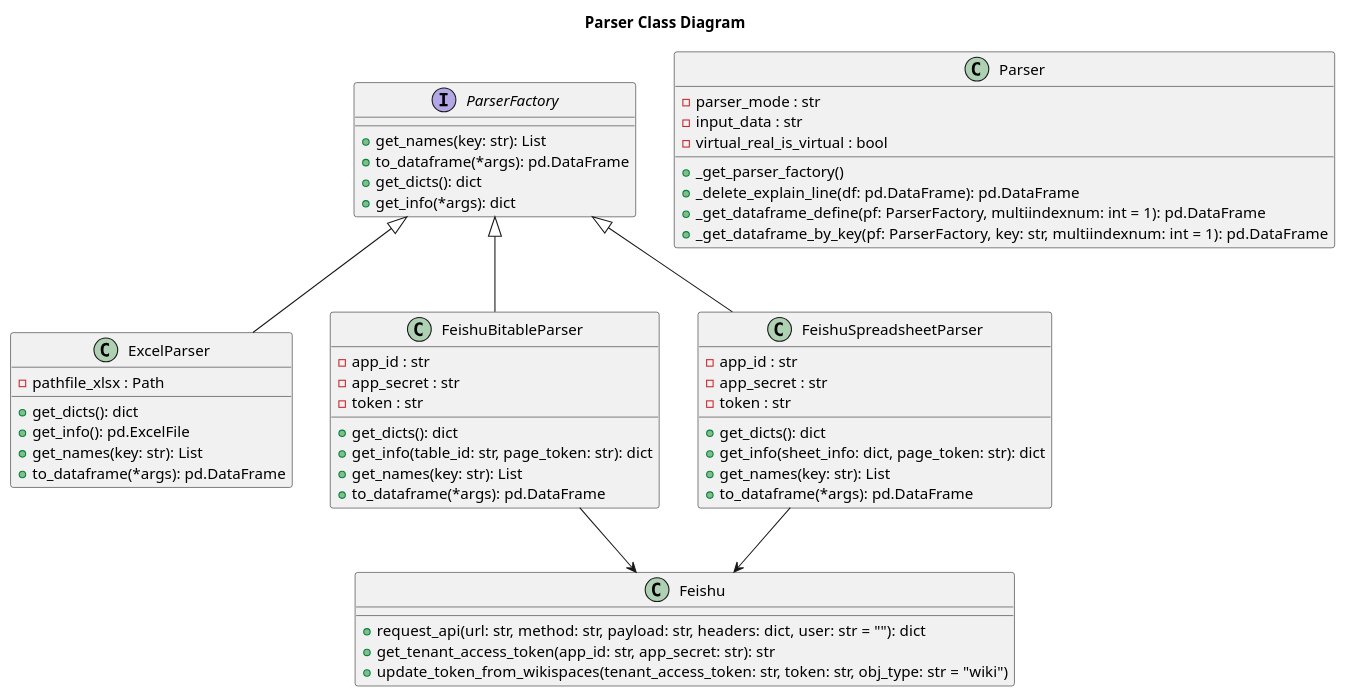
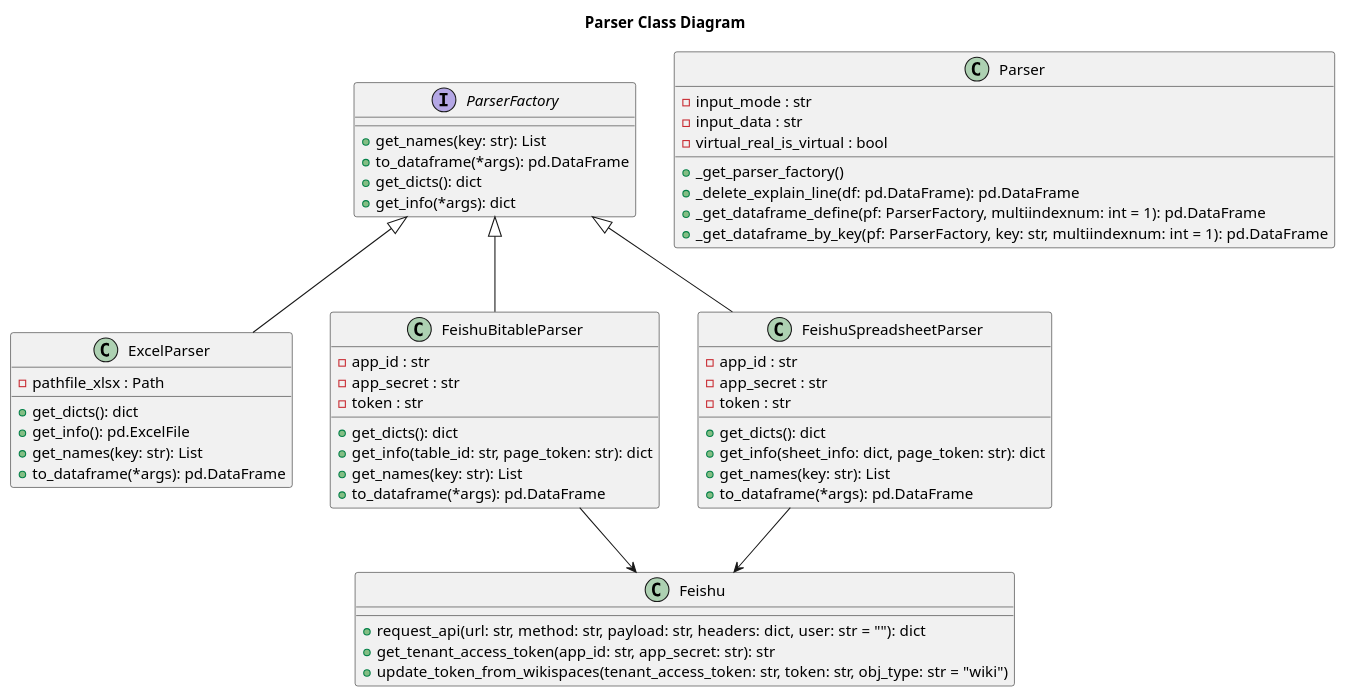
Before and after one commit to Tencent/TAD_Sim: the diagram in simcore/excel2asam/docs/parser.plantuml, drawn with PlantUML. The commit also changed 3 other files, not shown here.

Commit message:
style: excel2asam argument naming is standardized as input_mode

```diff
--- a/simcore/excel2asam/docs/parser.plantuml
+++ b/simcore/excel2asam/docs/parser.plantuml
@@ -1,63 +1,63 @@
 @startuml
 
 title Parser Class Diagram
 
 interface ParserFactory {
     +get_names(key: str): List
     +to_dataframe(*args): pd.DataFrame
     +get_dicts(): dict
     +get_info(*args): dict
 }
 
 class ExcelParser {
     -pathfile_xlsx : Path
     +get_dicts(): dict
     +get_info(): pd.ExcelFile
     +get_names(key: str): List
     +to_dataframe(*args): pd.DataFrame
 }
 
 class FeishuBitableParser {
     -app_id : str
     -app_secret : str
     -token : str
     +get_dicts(): dict
     +get_info(table_id: str, page_token: str): dict
     +get_names(key: str): List
     +to_dataframe(*args): pd.DataFrame
 }
 
 class FeishuSpreadsheetParser {
     -app_id : str
     -app_secret : str
     -token : str
     +get_dicts(): dict
     +get_info(sheet_info: dict, page_token: str): dict
     +get_names(key: str): List
     +to_dataframe(*args): pd.DataFrame
 }
 
 class Feishu {
     +request_api(url: str, method: str, payload: str, headers: dict, user: str = ""): dict
     +get_tenant_access_token(app_id: str, app_secret: str): str
     +update_token_from_wikispaces(tenant_access_token: str, token: str, obj_type: str = "wiki")
 }
 
 class Parser {
-    -parser_mode : str
+    -input_mode : str
     -input_data : str
     -virtual_real_is_virtual : bool
     +_get_parser_factory()
     +_delete_explain_line(df: pd.DataFrame): pd.DataFrame
     +_get_dataframe_define(pf: ParserFactory, multiindexnum: int = 1): pd.DataFrame
     +_get_dataframe_by_key(pf: ParserFactory, key: str, multiindexnum: int = 1): pd.DataFrame
 }
 
 ParserFactory <|-- ExcelParser
 ParserFactory <|-- FeishuBitableParser
 ParserFactory <|-- FeishuSpreadsheetParser
 
 FeishuBitableParser --> Feishu
 FeishuSpreadsheetParser --> Feishu
 
 @enduml
```
